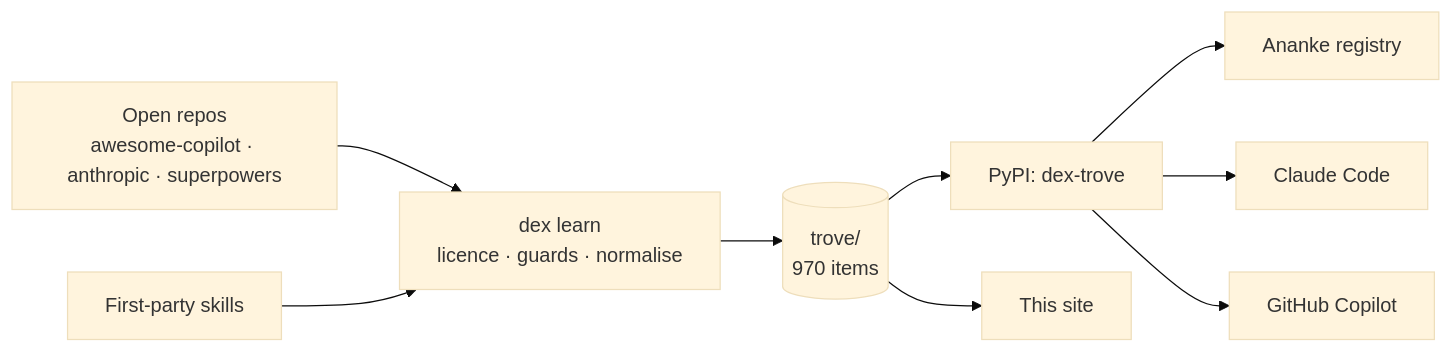
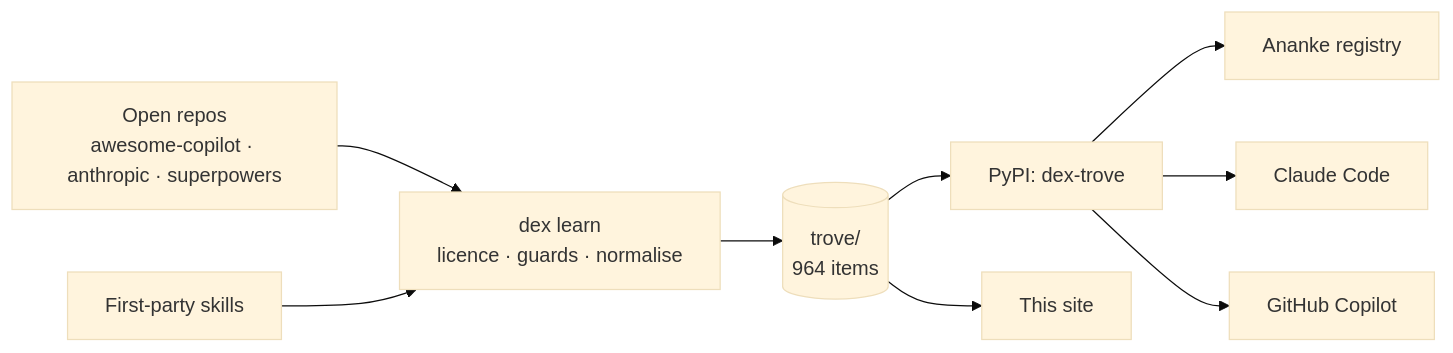
The diagram in docs/index.md (Neo-Pragnya/Dex-Trove), drawn with Mermaid (base theme) before and after one commit. The commit also changed 18 other files, not shown here.

````diff
--- a/docs/index.md
+++ b/docs/index.md
@@ -17,11 +17,11 @@
 ```mermaid
 flowchart LR
   U[Open repos<br/>awesome-copilot · anthropic · superpowers] --> L[dex learn<br/>licence · guards · normalise]
   F[First-party skills] --> L
-  L --> T[(trove/<br/>970 items)]
+  L --> T[(trove/<br/>964 items)]
   T --> P[PyPI: dex-trove]
   P --> A[Ananke registry]
   P --> C[Claude Code]
   P --> G[GitHub Copilot]
   T --> W[This site]
 ```
````
